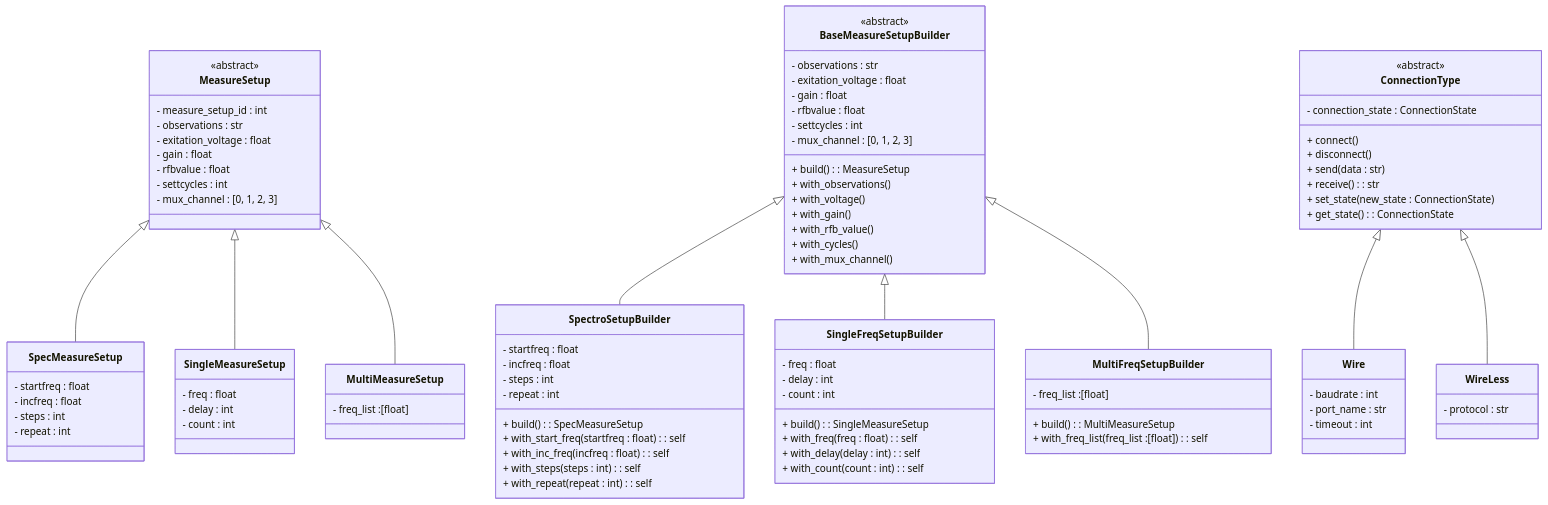
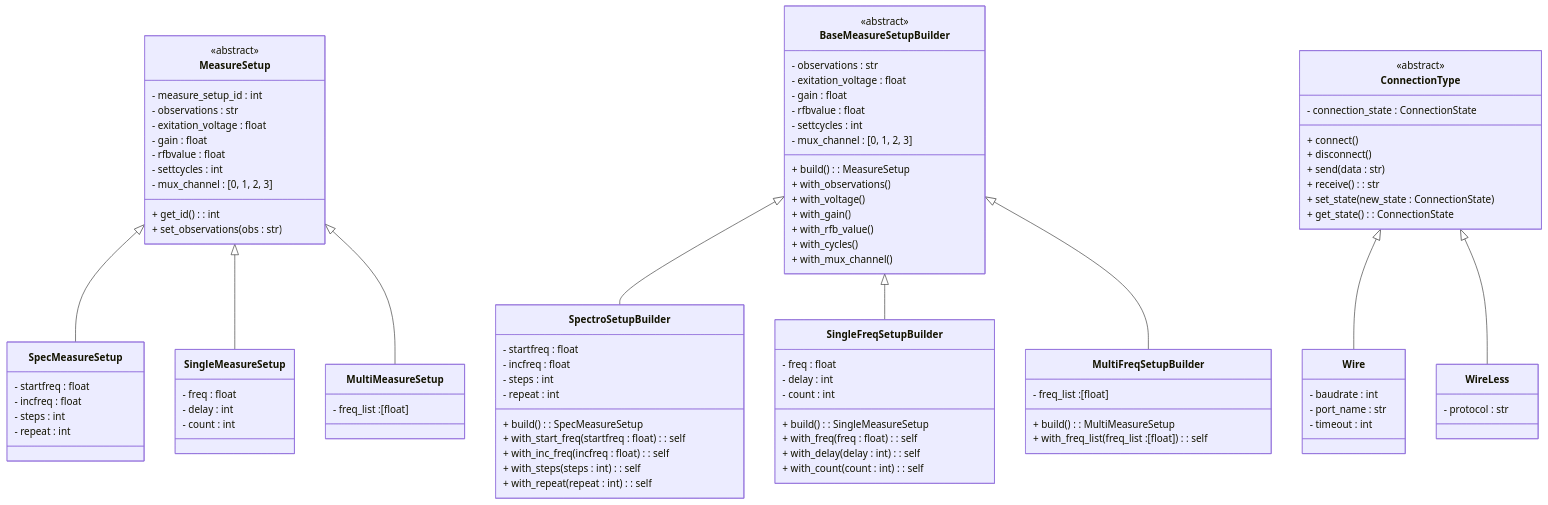
Before and after one commit to alegrelias/Repo-GMini: the second of 15 diagrams in Gmini-MarkDown/Diagramas/Diagramas de Clases.md, drawn with Mermaid. The commit also changed other lines of this file, not shown here.

```diff
--- a/Gmini-MarkDown/Diagramas/Diagramas de Clases.md
+++ b/Gmini-MarkDown/Diagramas/Diagramas de Clases.md
@@ -417,6 +429,12 @@
 	- rfbvalue : float
 	- settcycles : int
 	- mux_channel : [0, 1, 2, 3]
+	  
+	%% getters
+	+ get_id() : int
+	
+	%% setters
+	+ set_observations(obs : str)
 }
 class SpecMeasureSetup{
 	- startfreq : float
```
